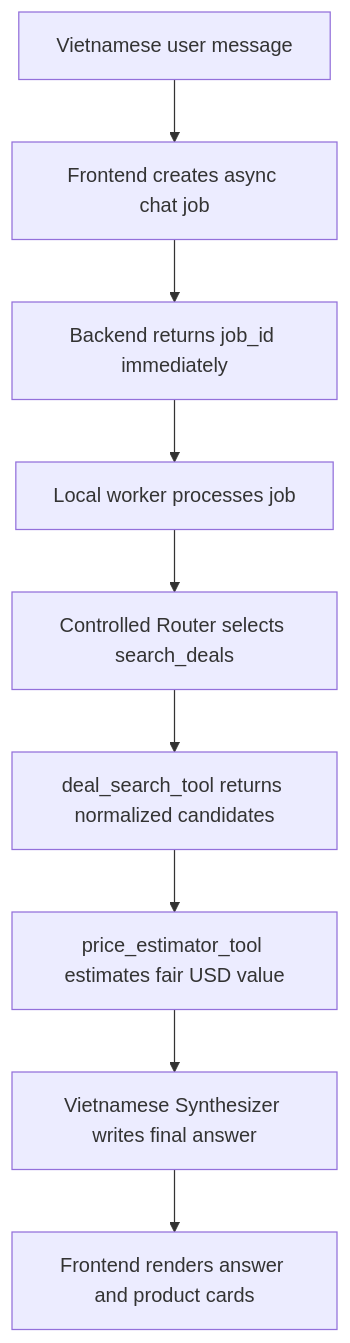
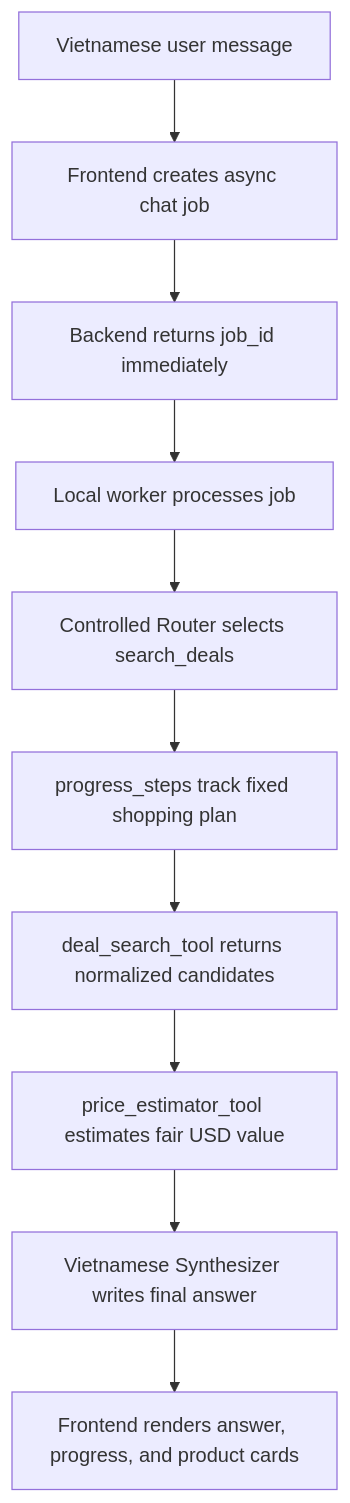
One commit to Sunny-sunnyy/DACN3 changed the first of 5 diagrams in shopping_assistant_v3/gameplan.md. Above: the diagram before and after it, drawn with Mermaid. The commit also changed other lines of this file and 9 other files, not shown here.

````diff
--- a/shopping_assistant_v3/gameplan.md
+++ b/shopping_assistant_v3/gameplan.md
@@ -42,11 +49,12 @@
 ```mermaid
 flowchart TD
     A[Vietnamese user message] --> B[Frontend creates async chat job]
     B --> C[Backend returns job_id immediately]
     C --> D[Local worker processes job]
     D --> E[Controlled Router selects search_deals]
-    E --> F[deal_search_tool returns normalized candidates]
-    F --> G[price_estimator_tool estimates fair USD value]
-    G --> H[Vietnamese Synthesizer writes final answer]
-    H --> I[Frontend renders answer and product cards]
+    E --> F[progress_steps track fixed shopping plan]
+    F --> G[deal_search_tool returns normalized candidates]
+    G --> H[price_estimator_tool estimates fair USD value]
+    H --> I[Vietnamese Synthesizer writes final answer]
+    I --> J[Frontend renders answer, progress, and product cards]
 ```
````
